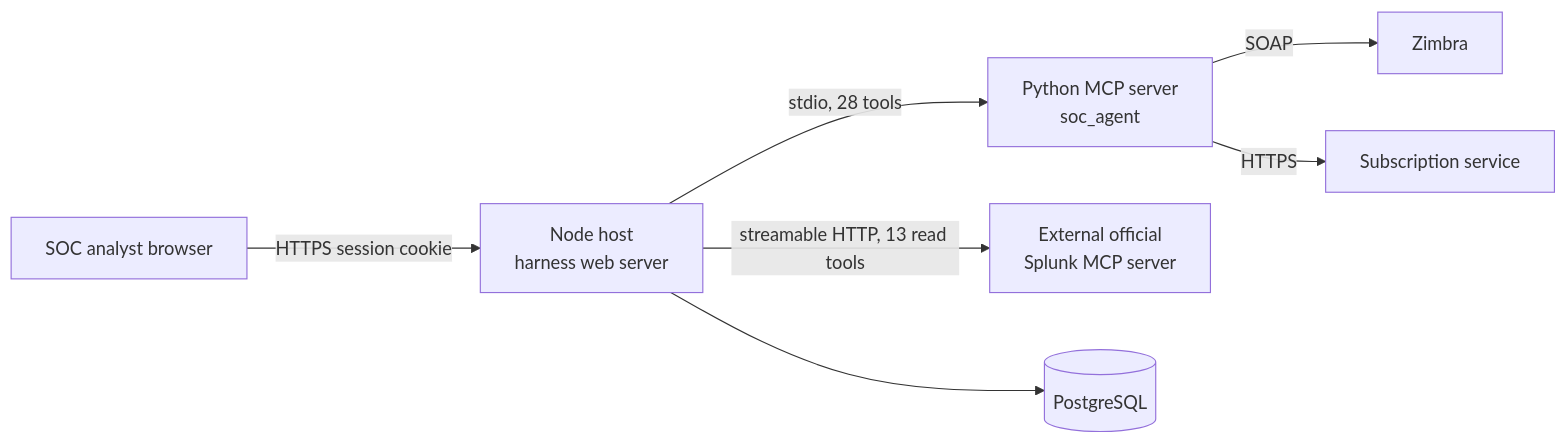
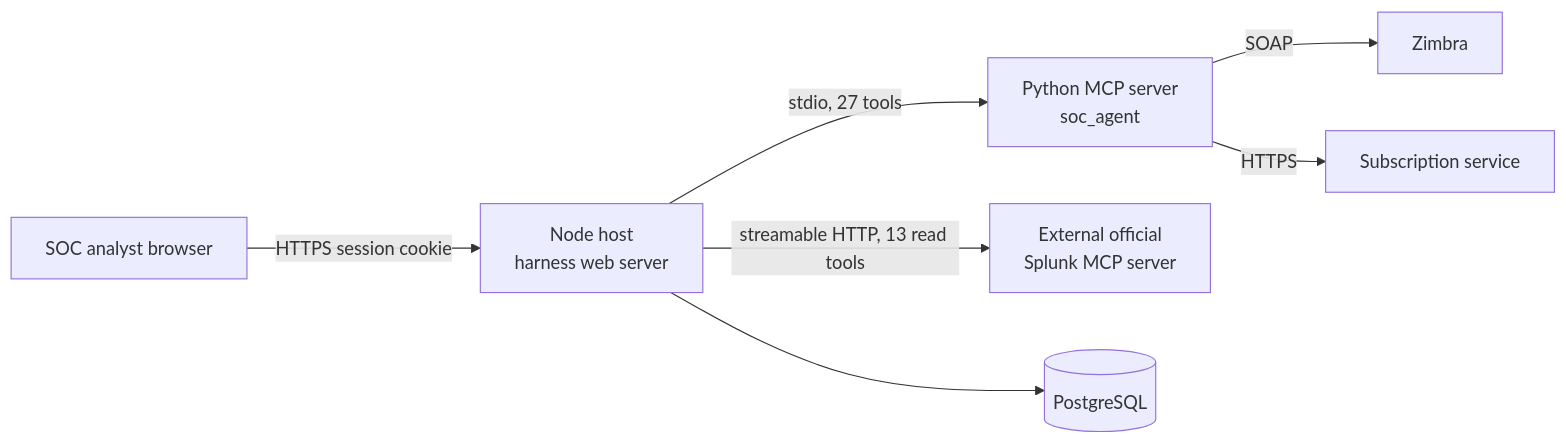
One commit to Benchan691/CITIC_AGENT changed the diagram in docs/README.md. Above: the diagram before and after it, drawn with Mermaid. The commit also changed other lines of this file and 46 other files, not shown here.

````diff
--- a/docs/README.md
+++ b/docs/README.md
@@ -30,9 +30,9 @@
 ```mermaid
 flowchart LR
     A[SOC analyst browser] -->|HTTPS session cookie| B[Node host<br/>harness web server]
-    B -->|stdio, 28 tools| C[Python MCP server<br/>soc_agent]
+    B -->|stdio, 27 tools| C[Python MCP server<br/>soc_agent]
     C -->|SOAP| Z[Zimbra]
     C -->|HTTPS| S[Subscription service]
     B -->|streamable HTTP, 13 read tools| SP[External official<br/>Splunk MCP server]
     B --> P[(PostgreSQL)]
 ```
````
